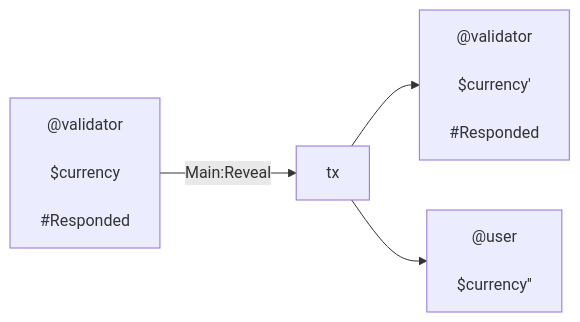
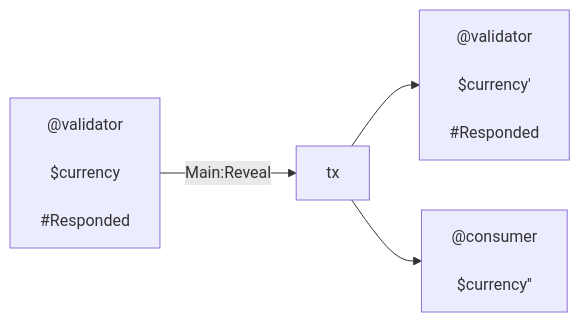
The eighth of 12 diagrams in docs/design/requirements/31_kernel.md (cardano-lightning/konduit), drawn with Mermaid before and after one commit. The commit also changed other lines of this file and 4 other files, not shown here.

````diff
--- a/docs/design/requirements/31_kernel.md
+++ b/docs/design/requirements/31_kernel.md
@@ -821,24 +823,24 @@
 ```mermaid
 flowchart LR
     i_channel["
       @validator \n
       $currency \n
       #Responded
     "]
 
     m["tx"]
 
     o_channel["
       @validator \n
       $currency' \n
       #Responded
     "]
 
-    o_user["
-      @user \n
+    o_consumer["
+      @consumer \n
       $currency'' \n
     "]
 
     i_channel -->|Main:Reveal| m --> o_channel
-    m --> o_user
+    m --> o_consumer
 ```
````
